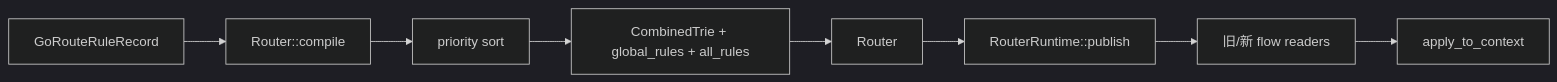
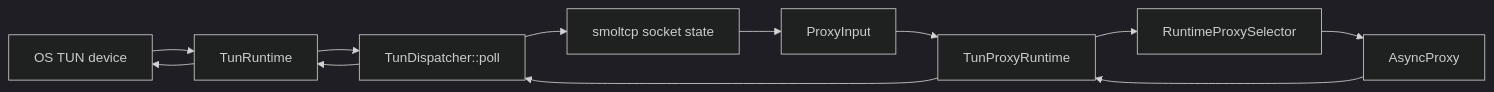
One commit to yuhaiin/doradus changed the seventh of 11 diagrams in docs/ARCHITECTURE.md. Above: the diagram before and after it, drawn with Mermaid (dark theme). The commit also changed other lines of this file and 9 other files, not shown here.

````diff
--- a/docs/ARCHITECTURE.md
+++ b/docs/ARCHITECTURE.md
@@ -1110,10 +401,14 @@
-```mermaid
+~~~mermaid
 flowchart LR
-    RECORDS[GoRouteRuleRecord] --> COMPILE[Router::compile]
-    COMPILE --> SORT[priority sort]
-    SORT --> INDEX[CombinedTrie + global_rules + all_rules]
-    INDEX --> ROUTER[Router]
-    ROUTER --> PUBLISH[RouterRuntime::publish]
-    PUBLISH --> READERS[旧/新 flow readers]
-    READERS --> APPLY[apply_to_context]
-```
+    OS[OS TUN device] --> R[TunRuntime]
+    R --> D[TunDispatcher::poll]
+    D --> S[smoltcp socket state]
+    S --> I[ProxyInput]
+    I --> P[TunProxyRuntime]
+    P --> X[RuntimeProxySelector]
+    X --> O[AsyncProxy]
+    O --> P
+    P --> D
+    D --> R
+    R --> OS
+~~~
````
